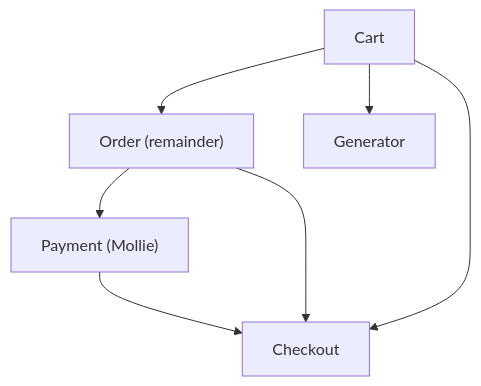
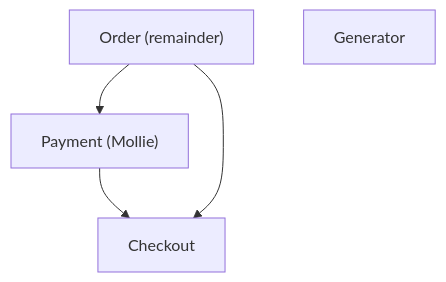
Before and after one commit to bitstorm-tech/voenix-shop-kotlin: the diagram in docs/migration/migration-roadmap.md, drawn with Mermaid. The commit also changed other lines of this file and 6 other files, not shown here.

````diff
--- a/docs/migration/migration-roadmap.md
+++ b/docs/migration/migration-roadmap.md
@@ -74,9 +79,7 @@
 ```mermaid
 graph TD
-    Cart --> Order["Order (remainder)"]
-    Cart --> Generator
-    Order --> Payment["Payment (Mollie)"]
+    Order["Order (remainder)"] --> Payment["Payment (Mollie)"]
     Payment --> Checkout
-    Cart --> Checkout
     Order --> Checkout
+    Generator
 ```
````
